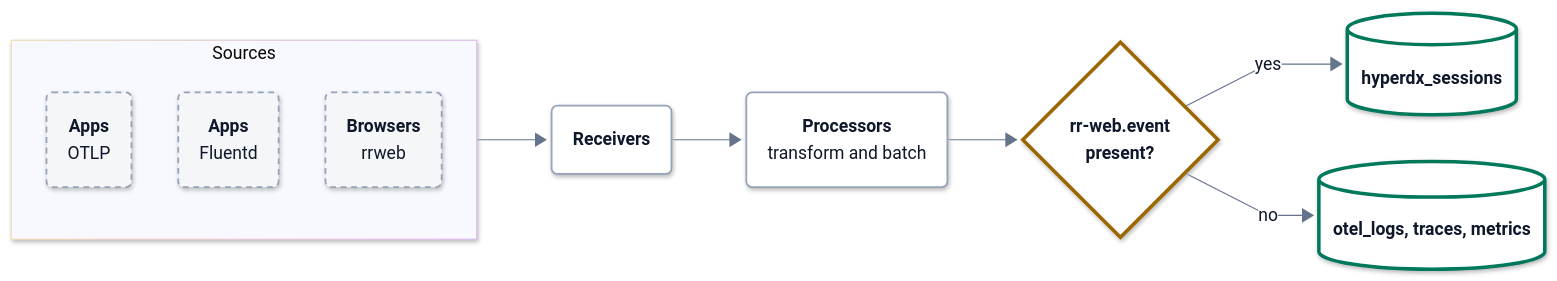
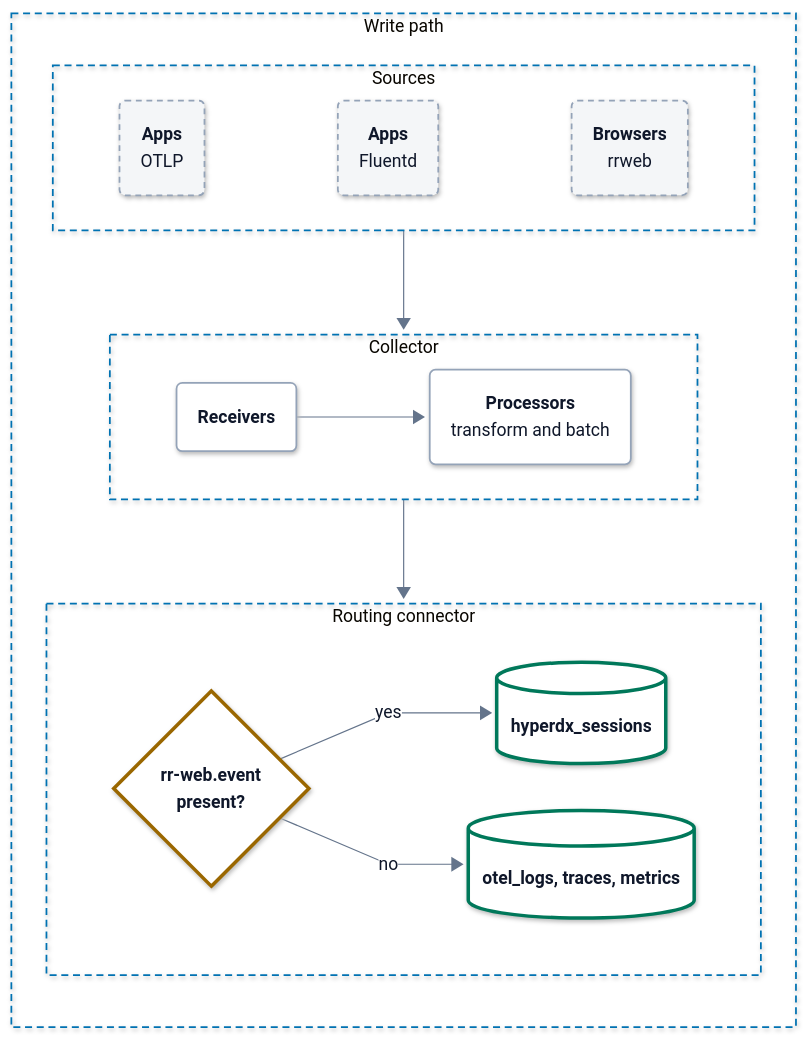
Before and after one commit to hyperi-io/dfe-hyperdx: the first of 3 diagrams in docs/architecture/data-flow.md, drawn with Mermaid. The commit also changed other lines of this file and 15 other files, not shown here.

First line of the commit message:
docs(architecture): add the architecture page and fit every flowchart (#234)

````diff
--- a/docs/architecture/data-flow.md
+++ b/docs/architecture/data-flow.md
@@ -56,24 +56,38 @@
     .ui .label-icon{color:#D9480F}
     .ext .label-icon{color:#64748B}
 ---
-flowchart LR
+flowchart TB
   accTitle: L4 Detail -- Telemetry write path
   accDescr: Applications send OTLP and Fluentd input and browsers send rrweb events to the collector receivers. Processors transform and batch them, and the routing connector writes rrweb events to hyperdx_sessions and everything else to the OTel tables.
-  subgraph sources["Sources"]
-    otlp("<b>Apps</b><br/><span>OTLP</span>")
-    fluent("<b>Apps</b><br/><span>Fluentd</span>")
-    rrweb("<b>Browsers</b><br/><span>rrweb</span>")
+  subgraph path["Write path"]
+    direction TB
+    subgraph sources["Sources"]
+      direction LR
+      otlp("<b>Apps</b><br/><span>OTLP</span>")
+      fluent("<b>Apps</b><br/><span>Fluentd</span>")
+      rrweb("<b>Browsers</b><br/><span>rrweb</span>")
+      otlp ~~~ fluent ~~~ rrweb
+    end
+    subgraph collect["Collector"]
+      direction LR
+      receivers("<b>Receivers</b>")
+      processors("<b>Processors</b><br/><span>transform and batch</span>")
+      receivers --> processors
+    end
+    subgraph route["Routing connector"]
+      direction LR
+      routing{"<b>rr-web.event<br/>present?</b>"}
+      sessions[("<b>hyperdx_sessions</b>")]
+      otel[("<b>otel_logs, traces, metrics</b>")]
+      routing -->|yes| sessions
+      routing -->|no| otel
+    end
+    sources --> collect --> route
   end
-  receivers("<b>Receivers</b>")
-  processors("<b>Processors</b><br/><span>transform and batch</span>")
-  routing{"<b>rr-web.event<br/>present?</b>"}
-  sessions[("<b>hyperdx_sessions</b>")]
-  otel[("<b>otel_logs, traces, metrics</b>")]
-  sources --> receivers
-  receivers --> processors
-  processors --> routing
-  routing -->|yes| sessions
-  routing -->|no| otel
+  class otlp,fluent,rrweb ext
+  class receivers,processors part
+  class routing decision
+  class sessions,otel store
   classDef ext fill:#F4F6F8,stroke:#94A3B8,stroke-width:1.5px,stroke-dasharray:5 4,color:#0F172A
   classDef ingest fill:#FFFFFF,stroke:#0E8A7D,stroke-width:3px,color:#0F172A
   classDef xform fill:#FFFFFF,stroke:#7B4FB0,stroke-width:3px,color:#0F172A
@@ -85,8 +99,8 @@
   classDef error fill:#FFFFFF,stroke:#C2410C,stroke-width:3px,color:#0F172A
   classDef control fill:#FFFFFF,stroke:#334155,stroke-width:3px,color:#0F172A
   classDef part fill:#FFFFFF,stroke:#94A3B8,stroke-width:1.5px,color:#0F172A
-  class otlp,fluent,rrweb ext
-  class receivers,processors part
-  class routing decision
-  class sessions,otel store
+  style path fill:none,stroke:#0072B2,stroke-width:1.5px,stroke-dasharray:6 4
+  style sources fill:none,stroke:#0072B2,stroke-width:1.5px,stroke-dasharray:6 4
+  style collect fill:none,stroke:#0072B2,stroke-width:1.5px,stroke-dasharray:6 4
+  style route fill:none,stroke:#0072B2,stroke-width:1.5px,stroke-dasharray:6 4
 ```
````
